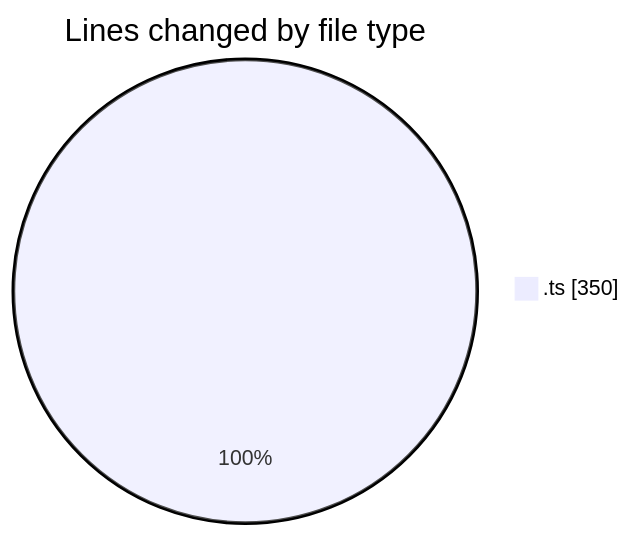
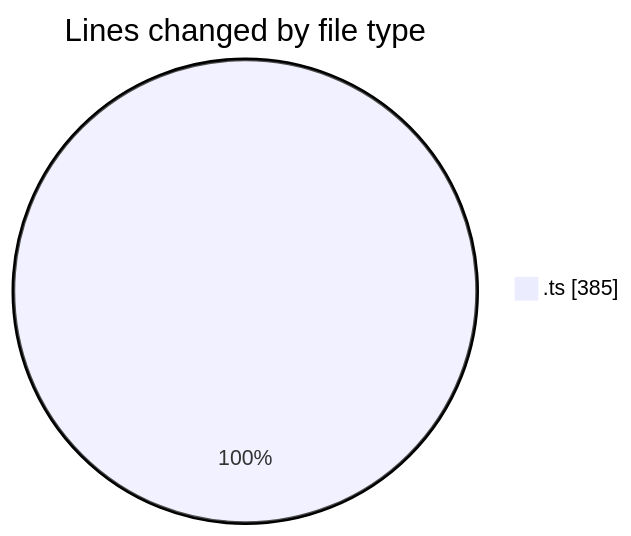
Before and after one commit to momahboobian/code-tracking: the first of 2 diagrams in 2025-08-07/cda/README.md, drawn with Mermaid. The commit also changed other lines of this file and 1 other file, not shown here.

````diff
--- a/2025-08-07/cda/README.md
+++ b/2025-08-07/cda/README.md
@@ -20,5 +20,5 @@
 ```mermaid
 pie showData
 title Lines changed by file type
-".ts" : 350
+".ts" : 385
 ```
````
